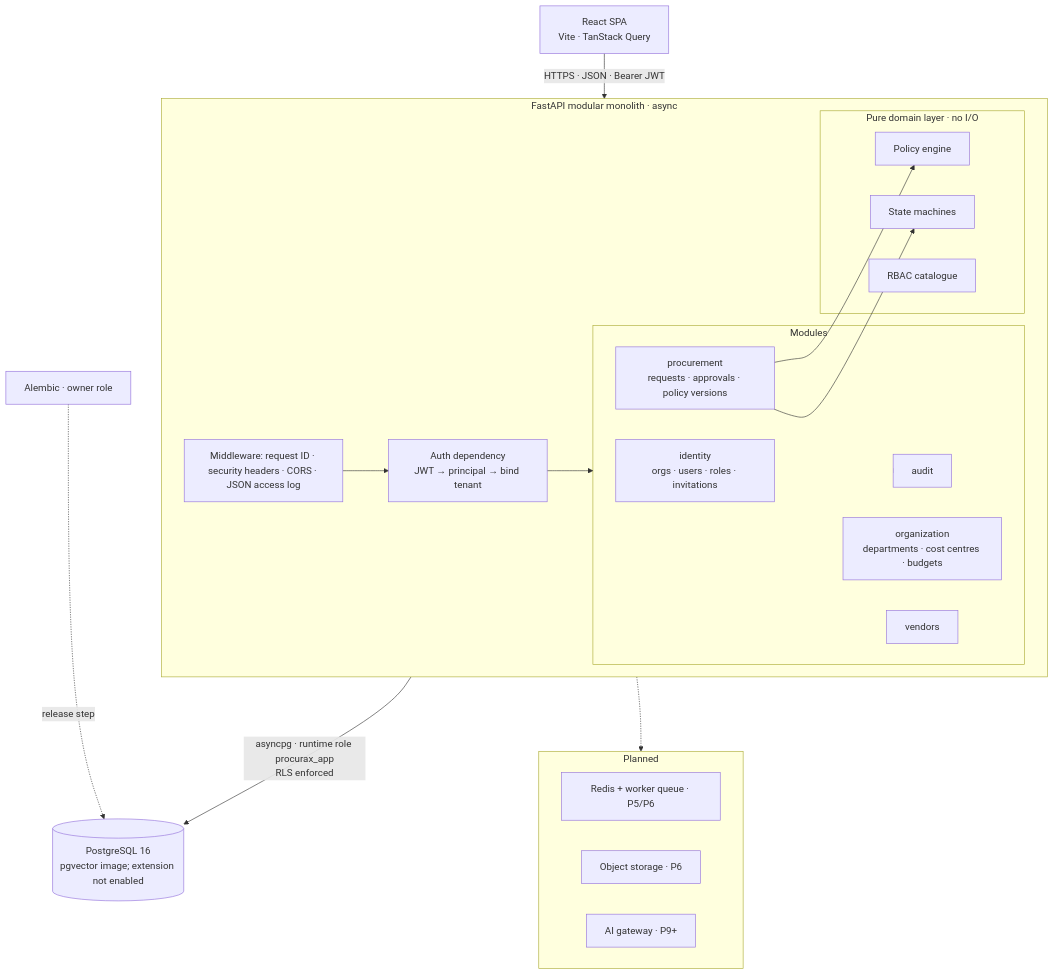
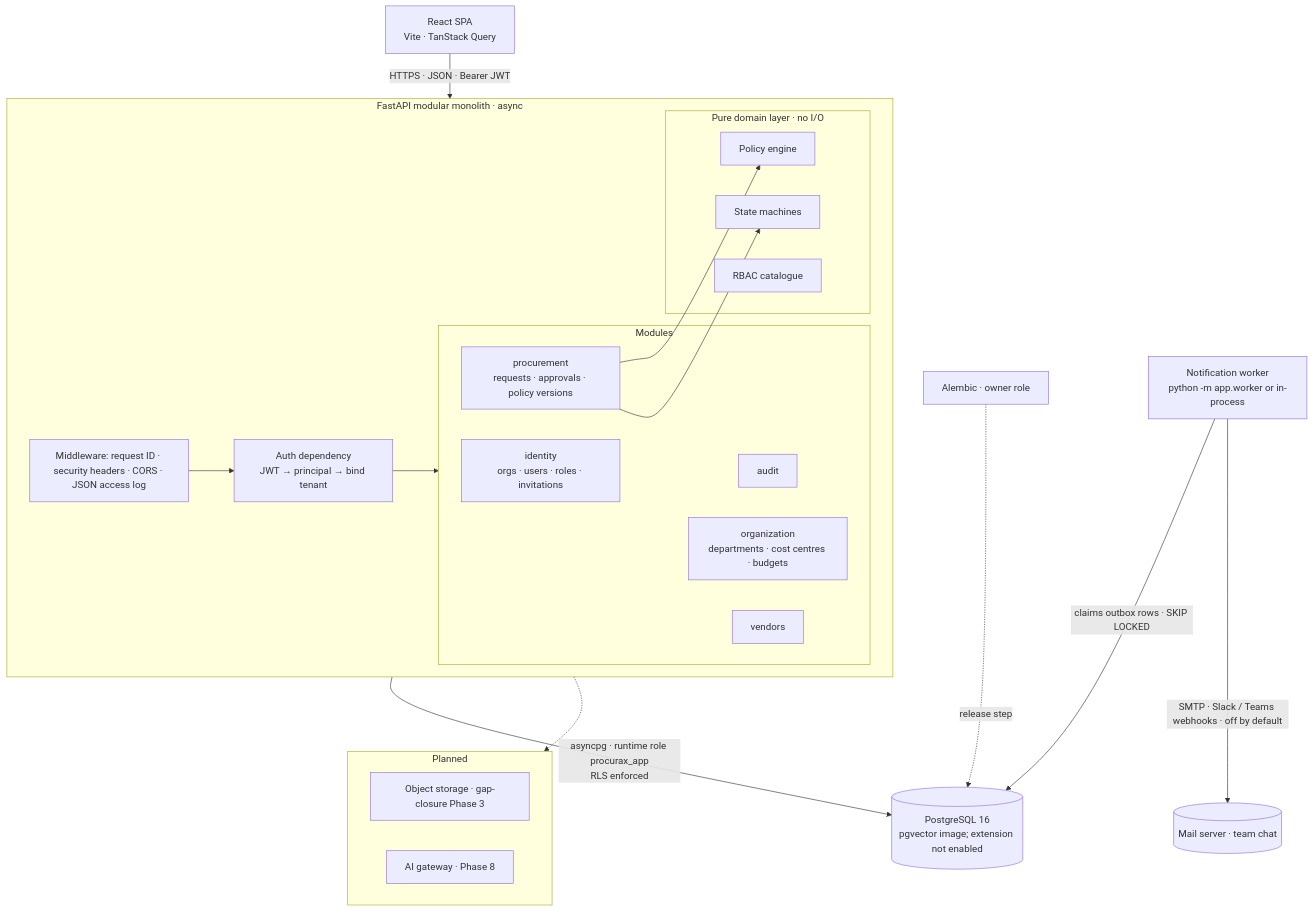
One commit to Dracula-5/procuraX changed the first of 2 diagrams in docs/system_design.md. Above: the diagram before and after it, drawn with Mermaid. The commit also changed other lines of this file and 13 other files, not shown here.

````diff
--- a/docs/system_design.md
+++ b/docs/system_design.md
@@ -39,31 +39,32 @@
 ```mermaid
 flowchart TB
     Browser[React SPA<br/>Vite · TanStack Query] -->|HTTPS · JSON · Bearer JWT| API
     subgraph API[FastAPI modular monolith · async]
       MW[Middleware: request ID · security headers · CORS · JSON access log]
       Auth[Auth dependency<br/>JWT → principal → bind tenant]
       subgraph Modules
         ID[identity<br/>orgs · users · roles · invitations]
         ORG[organization<br/>departments · cost centres · budgets]
         VEN[vendors]
         PROC[procurement<br/>requests · approvals · policy versions]
         AUD[audit]
       end
       subgraph Domain[Pure domain layer · no I/O]
         PE[Policy engine]
         SM[State machines]
         RBAC[RBAC catalogue]
       end
       MW --> Auth --> Modules
       PROC --> PE & SM
       Modules --> AUD
     end
     API -->|asyncpg · runtime role procurax_app<br/>RLS enforced| PG[(PostgreSQL 16<br/>pgvector image; extension not enabled)]
     Migr[Alembic · owner role] -.release step.-> PG
+    W[Notification worker<br/>python -m app.worker or in-process] -->|claims outbox rows · SKIP LOCKED| PG
+    W -->|SMTP · Slack / Teams webhooks · off by default| EXT[(Mail server · team chat)]
     subgraph Planned[Planned]
-      Q[Redis + worker queue · P5/P6]
-      OBJ[Object storage · P6]
-      AIGW[AI gateway · P9+]
+      OBJ[Object storage · gap-closure Phase 3]
+      AIGW[AI gateway · Phase 8]
     end
     API -.-> Planned
 ```
````
